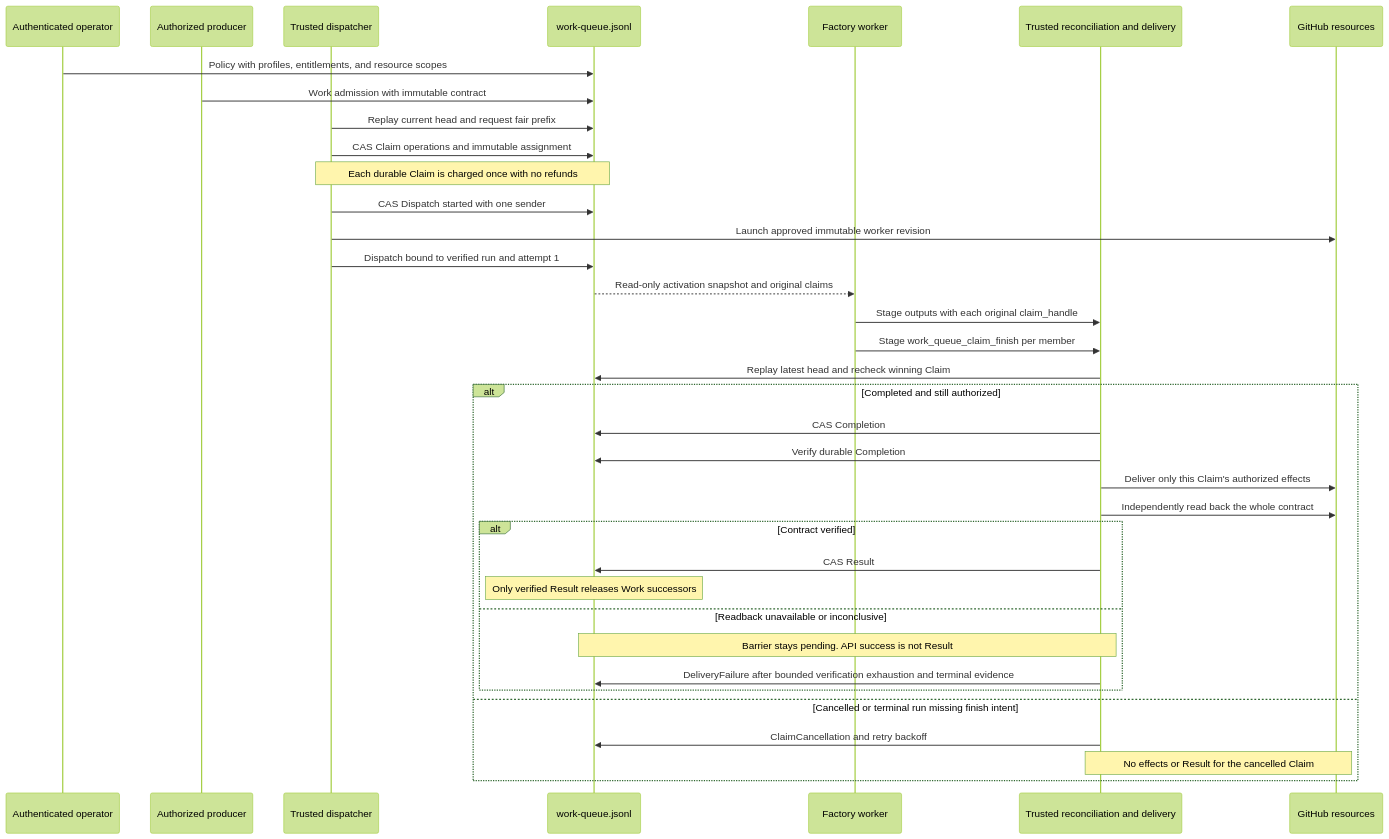
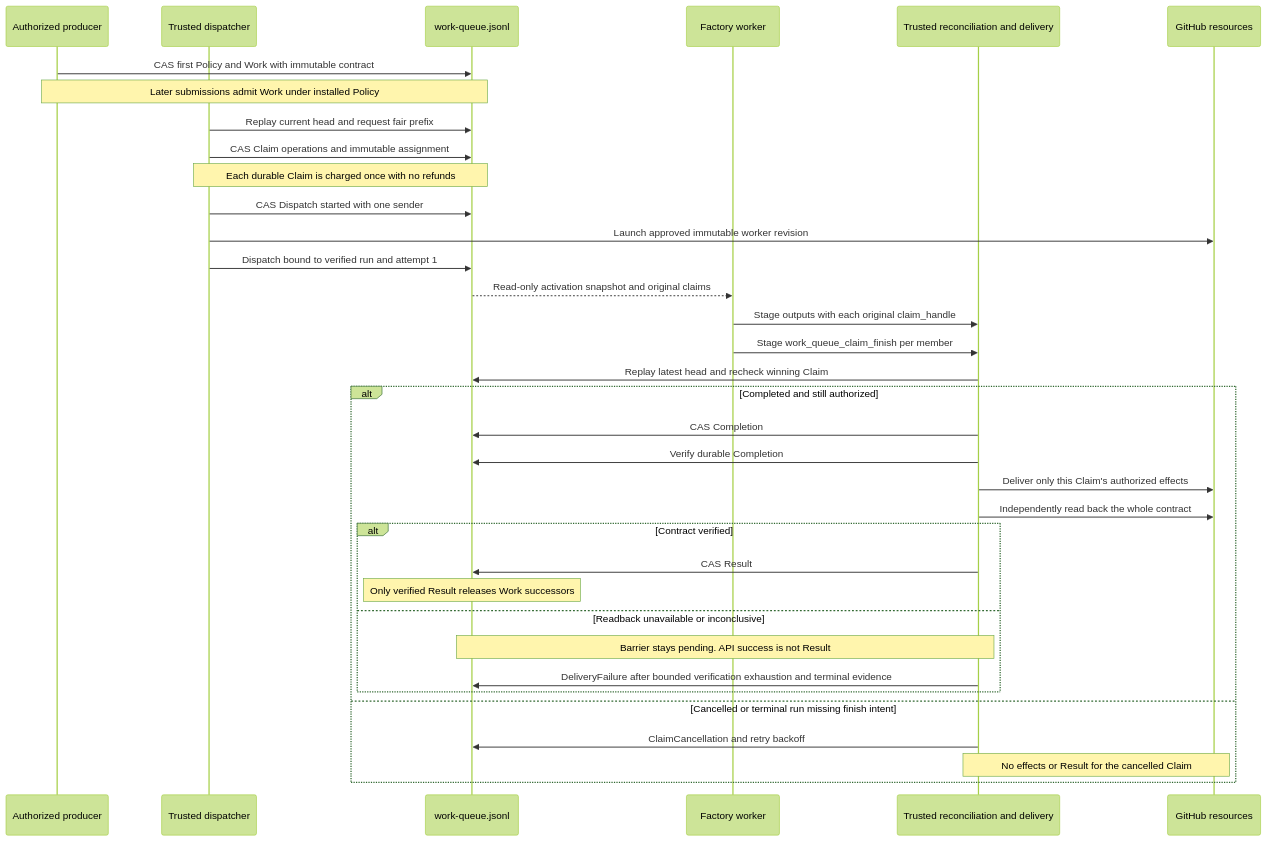
Before and after one commit to github/gh-aw: the first of 3 diagrams in docs/src/content/docs/patterns/linter-factory.md, drawn with Mermaid (forest theme). The commit also changed other lines of this file and 6 other files, not shown here.

````diff
--- a/docs/src/content/docs/patterns/linter-factory.md
+++ b/docs/src/content/docs/patterns/linter-factory.md
@@ -327,39 +325,38 @@
 ```mermaid
 sequenceDiagram
-    participant O as Authenticated operator
     participant P as Authorized producer
     participant D as Trusted dispatcher
     participant L as work-queue.jsonl
     participant W as Factory worker
     participant T as Trusted reconciliation and delivery
     participant G as GitHub resources
 
-    O->>L: Policy with profiles, entitlements, and resource scopes
-    P->>L: Work admission with immutable contract
+    P->>L: CAS first Policy and Work with immutable contract
+    Note over P,L: Later submissions admit Work under installed Policy
     D->>L: Replay current head and request fair prefix
     D->>L: CAS Claim operations and immutable assignment
     Note over D,L: Each durable Claim is charged once with no refunds
     D->>L: CAS Dispatch started with one sender
     D->>G: Launch approved immutable worker revision
     D->>L: Dispatch bound to verified run and attempt 1
     L-->>W: Read-only activation snapshot and original claims
     W->>T: Stage outputs with each original claim_handle
     W->>T: Stage work_queue_claim_finish per member
     T->>L: Replay latest head and recheck winning Claim
     alt Completed and still authorized
         T->>L: CAS Completion
         T->>L: Verify durable Completion
         T->>G: Deliver only this Claim's authorized effects
         T->>G: Independently read back the whole contract
         alt Contract verified
             T->>L: CAS Result
             Note over L: Only verified Result releases Work successors
         else Readback unavailable or inconclusive
             Note over T,L: Barrier stays pending. API success is not Result
             T->>L: DeliveryFailure after bounded verification exhaustion and terminal evidence
         end
     else Cancelled or terminal run missing finish intent
         T->>L: ClaimCancellation and retry backoff
         Note over T,G: No effects or Result for the cancelled Claim
     end
 ```
````
